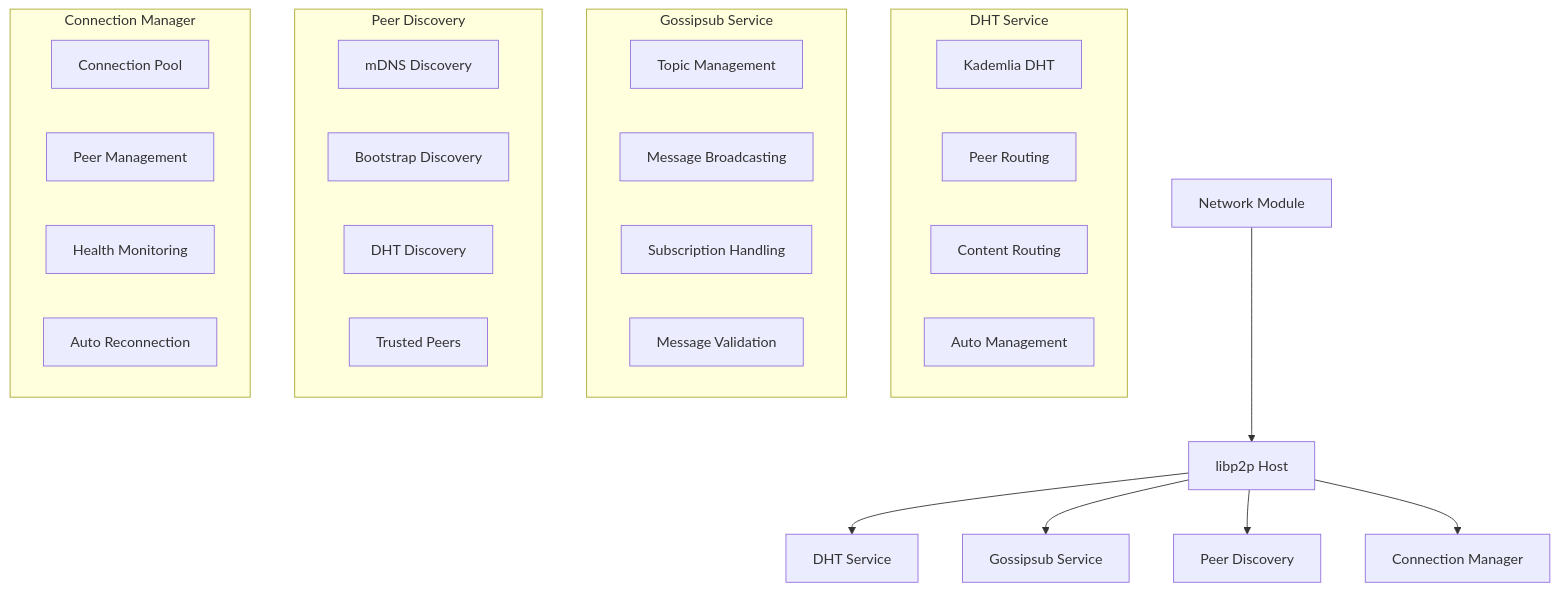
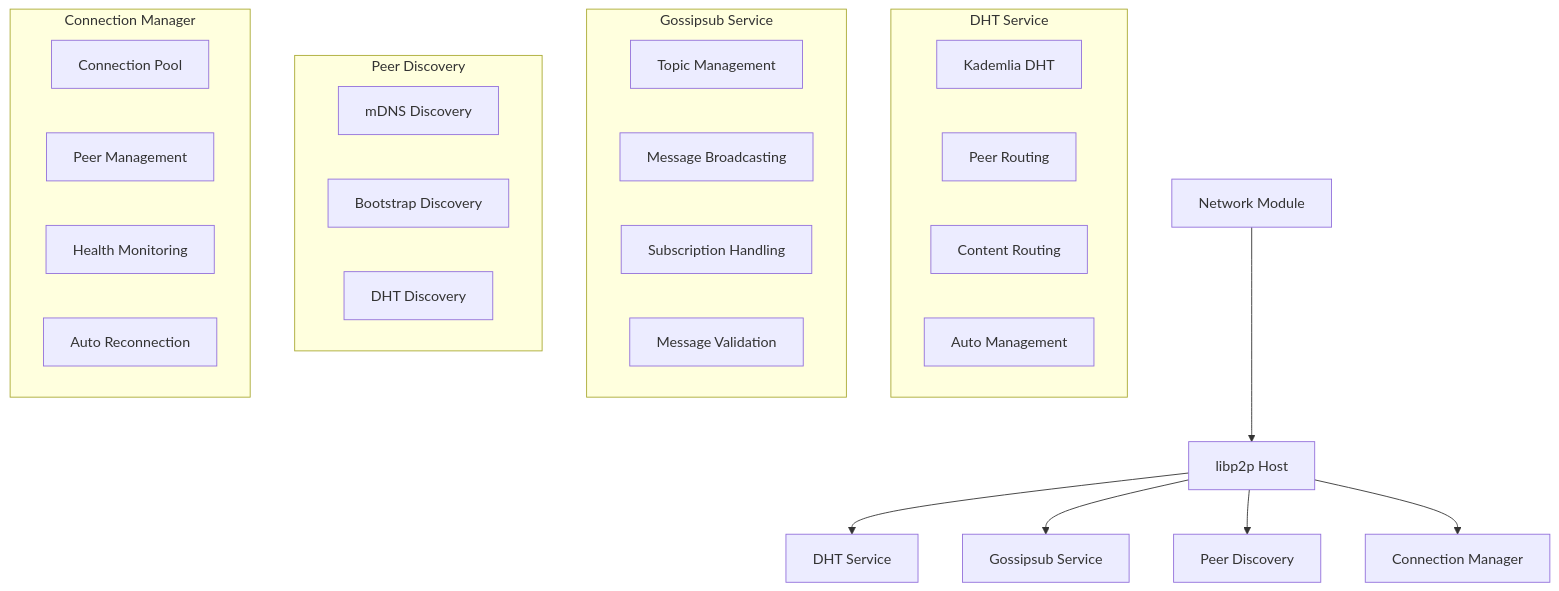
Before and after one commit to lengzhao/chain: the first of 5 diagrams in network/README.md, drawn with Mermaid. The commit also changed other lines of this file and 3 other files, not shown here.

````diff
--- a/network/README.md
+++ b/network/README.md
@@ -9,36 +9,35 @@
 ```mermaid
 graph TB
     A[Network Module] --> B[libp2p Host]
     B --> C[DHT Service]
     B --> D[Gossipsub Service]
     B --> E[Peer Discovery]
     B --> F[Connection Manager]
     
     subgraph "DHT Service"
         C1[Kademlia DHT]
         C2[Peer Routing]
         C3[Content Routing]
         C4[Auto Management]
     end
     
     subgraph "Gossipsub Service"
         D1[Topic Management]
         D2[Message Broadcasting]
         D3[Subscription Handling]
         D4[Message Validation]
     end
     
     subgraph "Peer Discovery"
         E1[mDNS Discovery]
         E2[Bootstrap Discovery]
         E3[DHT Discovery]
-        E4[Trusted Peers]
     end
     
     subgraph "Connection Manager"
         F1[Connection Pool]
         F2[Peer Management]
         F3[Health Monitoring]
         F4[Auto Reconnection]
     end
 ```
````
